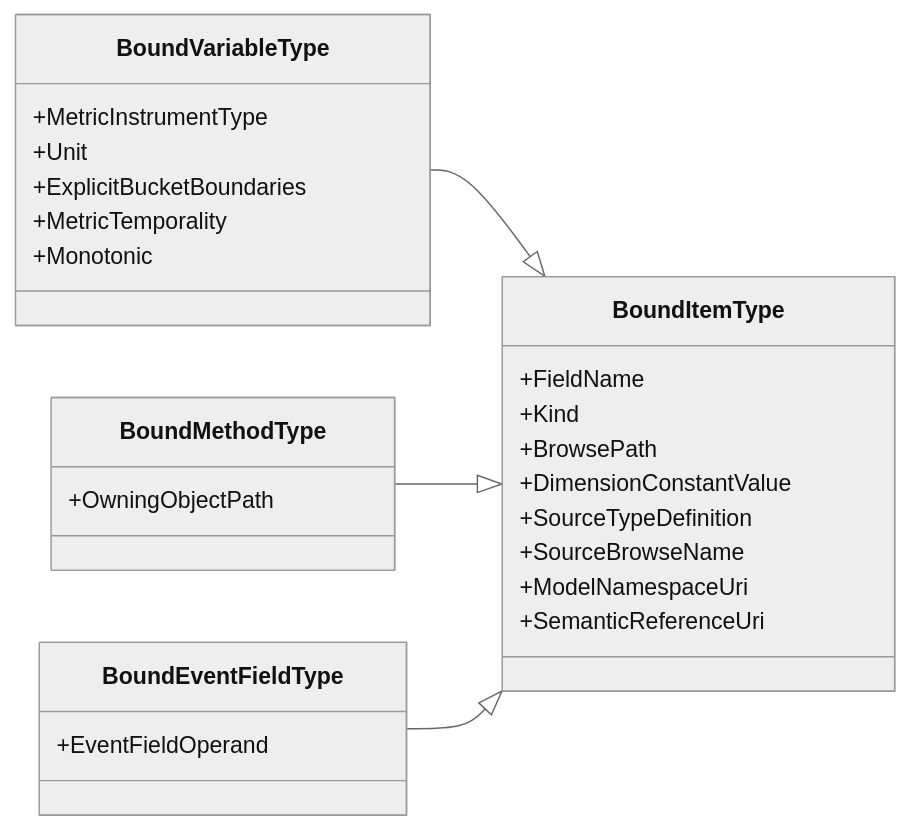
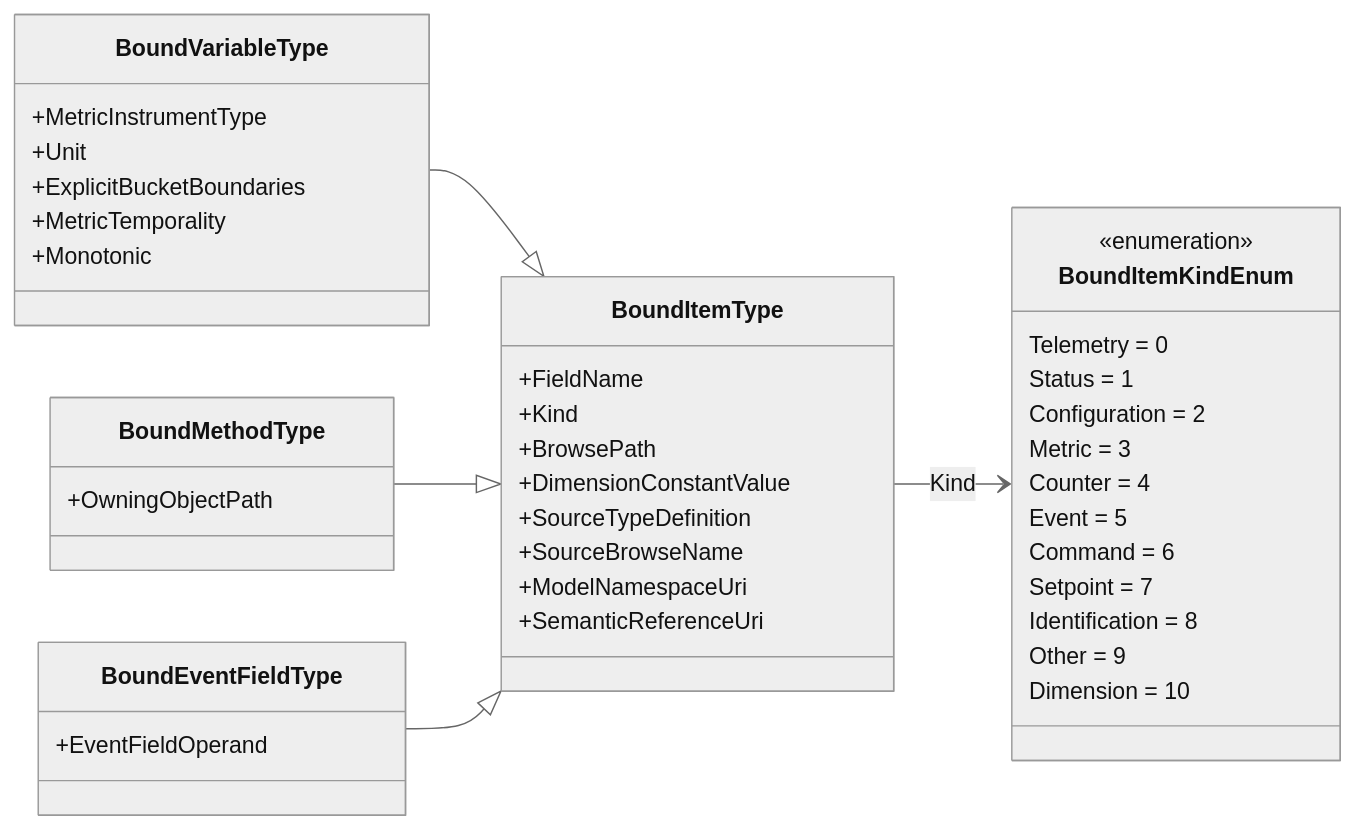
Before and after one commit to marcschier/opcua-drafts: the fourth of 7 diagrams in core-specs/scenario-binding/OPC-UA-Scenario-Bindings.md, drawn with Mermaid (neutral theme). The commit also changed other lines of this file, not shown here.

````diff
--- a/core-specs/scenario-binding/OPC-UA-Scenario-Bindings.md
+++ b/core-specs/scenario-binding/OPC-UA-Scenario-Bindings.md
@@ -277,32 +288,47 @@
 ```mermaid
 classDiagram
   direction LR
 
   class BoundItemType {
     +FieldName
     +Kind
     +BrowsePath
     +DimensionConstantValue
     +SourceTypeDefinition
     +SourceBrowseName
     +ModelNamespaceUri
     +SemanticReferenceUri
   }
   class BoundVariableType {
     +MetricInstrumentType
     +Unit
     +ExplicitBucketBoundaries
     +MetricTemporality
     +Monotonic
   }
   class BoundMethodType {
     +OwningObjectPath
   }
   class BoundEventFieldType {
     +EventFieldOperand
   }
+  class BoundItemKindEnum {
+    <<enumeration>>
+    Telemetry = 0
+    Status = 1
+    Configuration = 2
+    Metric = 3
+    Counter = 4
+    Event = 5
+    Command = 6
+    Setpoint = 7
+    Identification = 8
+    Other = 9
+    Dimension = 10
+  }
 
   BoundVariableType --|> BoundItemType
   BoundMethodType --|> BoundItemType
   BoundEventFieldType --|> BoundItemType
+  BoundItemType --> BoundItemKindEnum : Kind
 ```
````
